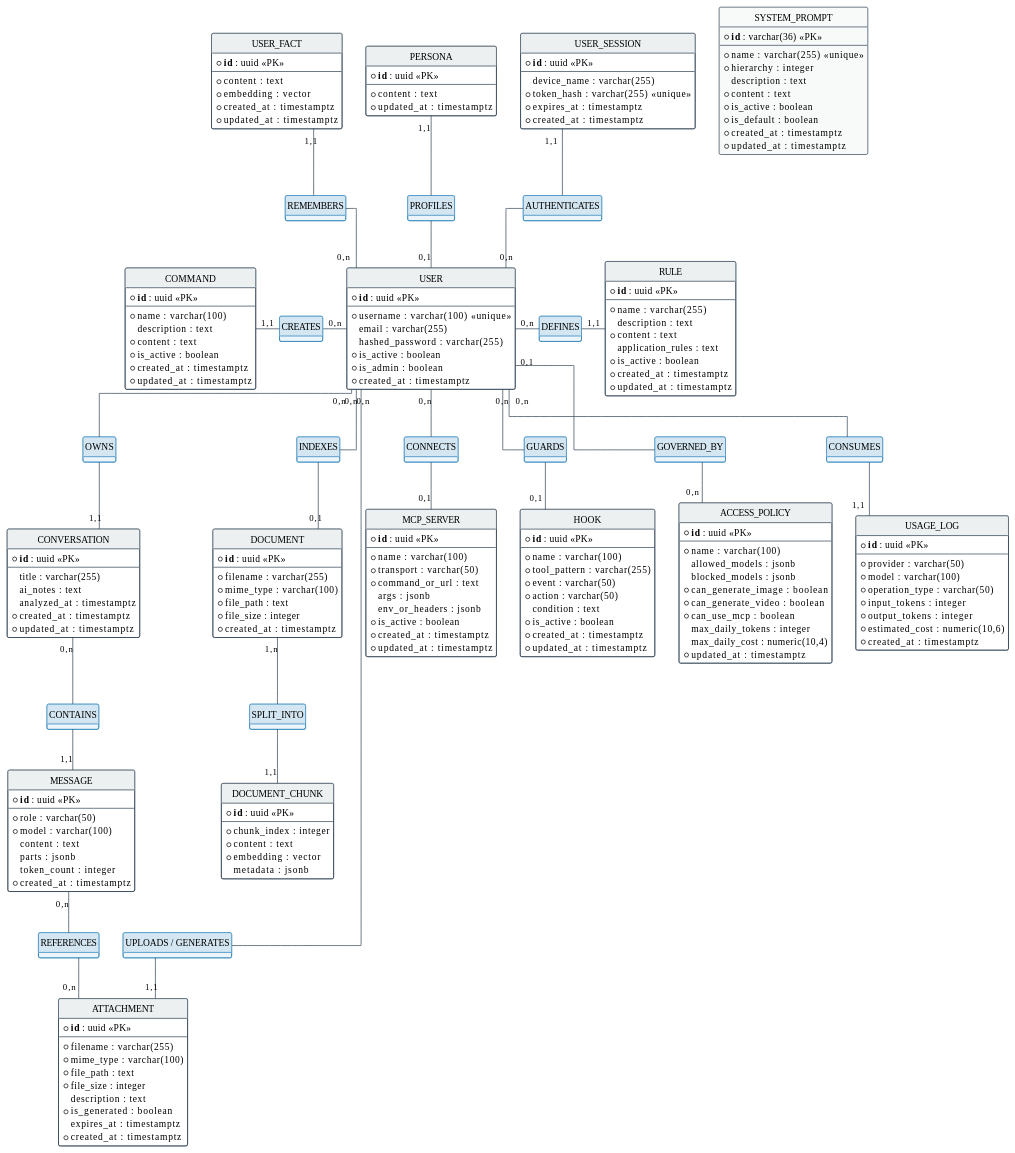
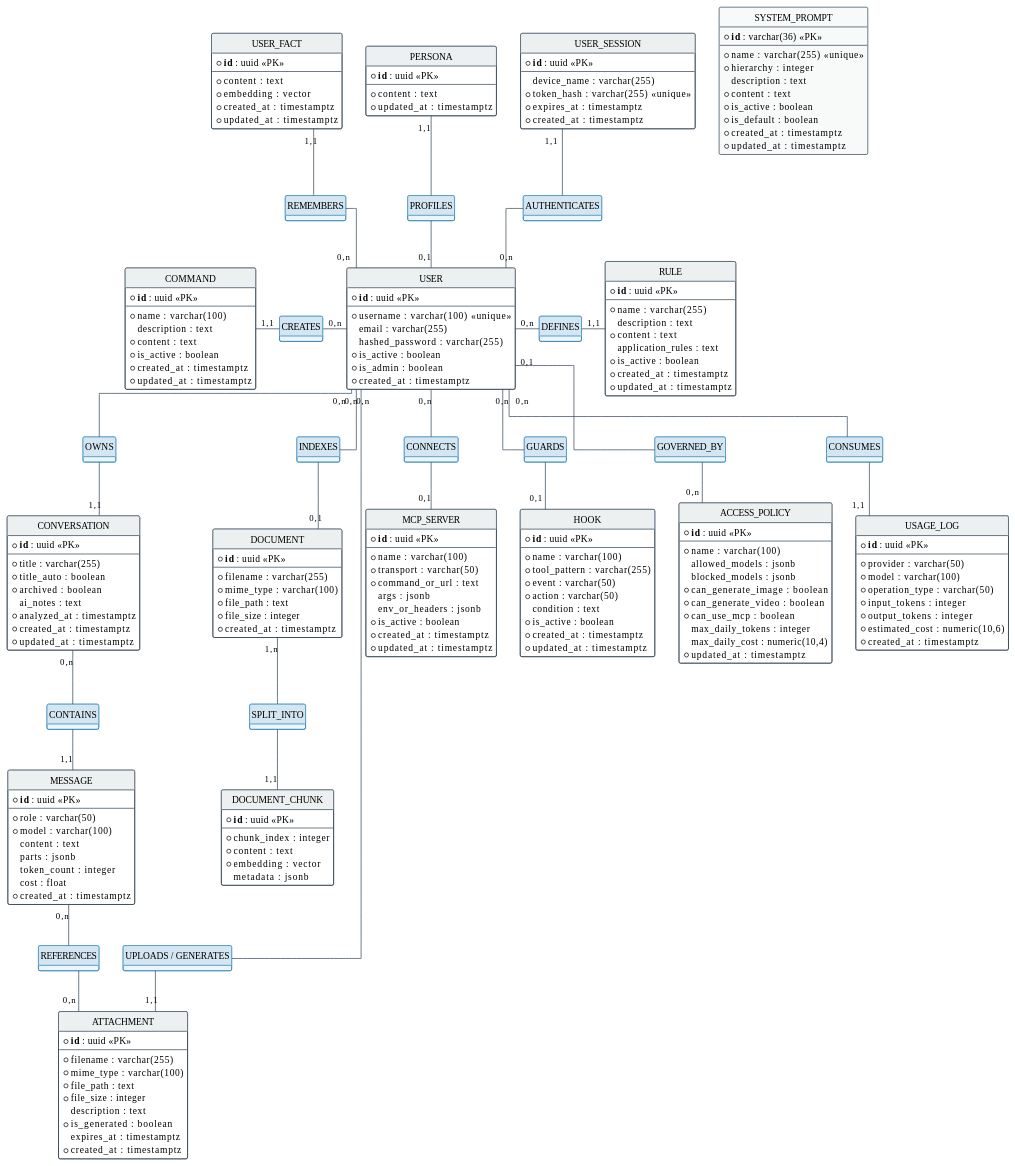
The third of 3 diagrams in README.md (Ph4nt0m1882/Ratatosk), drawn with PlantUML before and after one commit. The commit also changed 25 other files, not shown here.

```diff
--- a/README.md
+++ b/README.md
@@ -204,9 +204,11 @@
 entity "CONVERSATION" as conv {
     * **id** : uuid <<PK>>
     --
-    title : varchar(255)
+    * title : varchar(255)
+    * title_auto : boolean
+    * archived : boolean
     ai_notes : text
-    analyzed_at : timestamptz
+    * analyzed_at : timestamptz
     * created_at : timestamptz
     * updated_at : timestamptz
 }
@@ -219,6 +221,7 @@
     content : text
     parts : jsonb
     token_count : integer
+    cost : float
     * created_at : timestamptz
 }
 
```
